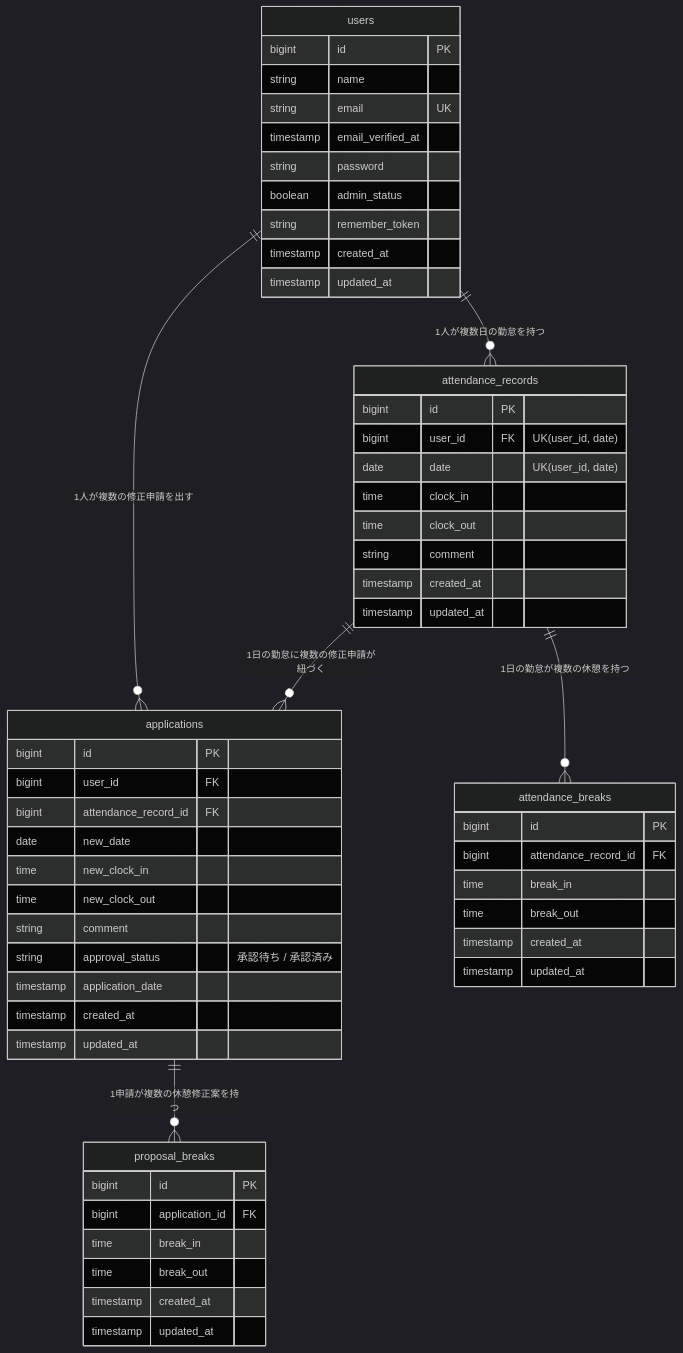
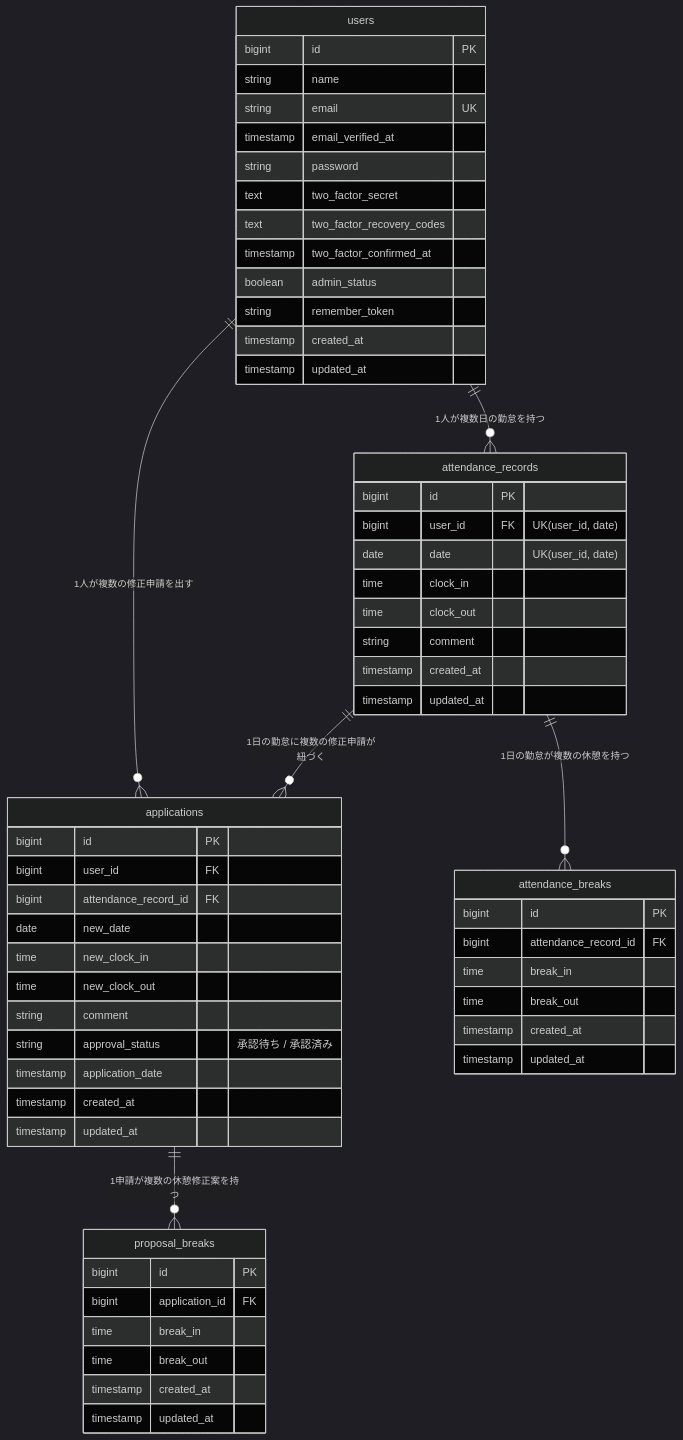
Before and after one commit to Yoshi14-M/attendance-app: the diagram in README.md, drawn with Mermaid (dark theme). The commit also changed other lines of this file and 34 other files, not shown here.

````diff
--- a/README.md
+++ b/README.md
@@ -100,63 +125,66 @@
 ```mermaid
 erDiagram
     users ||--o{ attendance_records : "1人が複数日の勤怠を持つ"
     users ||--o{ applications : "1人が複数の修正申請を出す"
     attendance_records ||--o{ attendance_breaks : "1日の勤怠が複数の休憩を持つ"
     attendance_records ||--o{ applications : "1日の勤怠に複数の修正申請が紐づく"
     applications ||--o{ proposal_breaks : "1申請が複数の休憩修正案を持つ"
 
     users {
         bigint id PK
         string name
         string email UK
         timestamp email_verified_at
         string password
+        text two_factor_secret
+        text two_factor_recovery_codes
+        timestamp two_factor_confirmed_at
         boolean admin_status
         string remember_token
         timestamp created_at
         timestamp updated_at
     }
 
     attendance_records {
         bigint id PK
         bigint user_id FK "UK(user_id, date)"
         date date "UK(user_id, date)"
         time clock_in
         time clock_out
         string comment
         timestamp created_at
         timestamp updated_at
     }
 
     attendance_breaks {
         bigint id PK
         bigint attendance_record_id FK
         time break_in
         time break_out
         timestamp created_at
         timestamp updated_at
     }
 
     applications {
         bigint id PK
         bigint user_id FK
         bigint attendance_record_id FK
         date new_date
         time new_clock_in
         time new_clock_out
         string comment
         string approval_status "承認待ち / 承認済み"
         timestamp application_date
         timestamp created_at
         timestamp updated_at
     }
 
     proposal_breaks {
         bigint id PK
         bigint application_id FK
         time break_in
         time break_out
         timestamp created_at
         timestamp updated_at
     }
 ```
````
